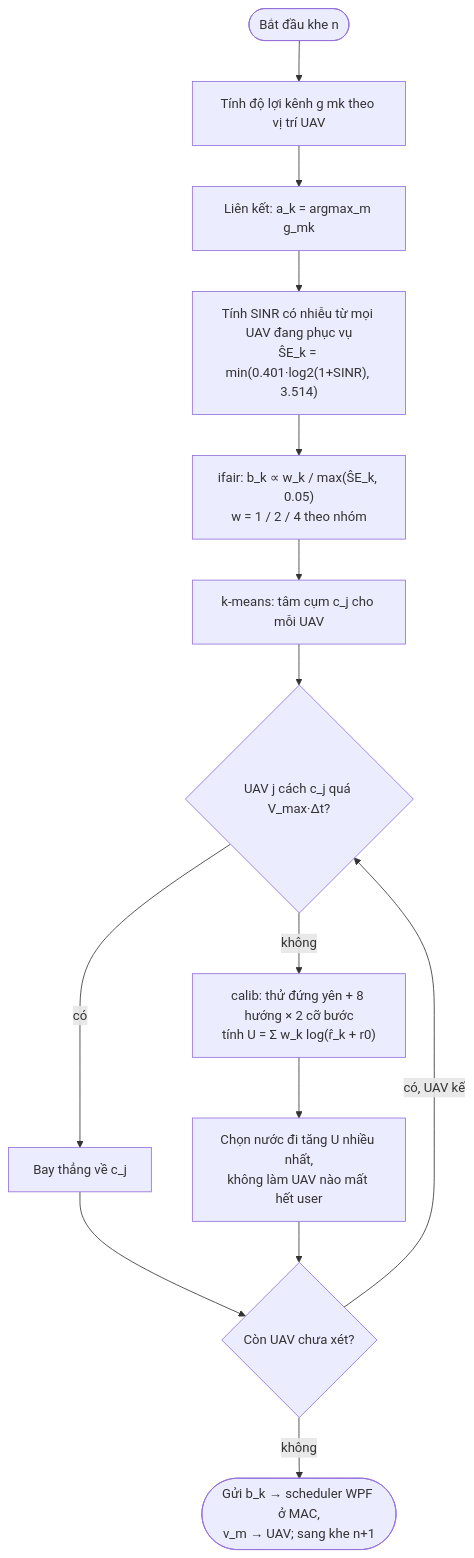
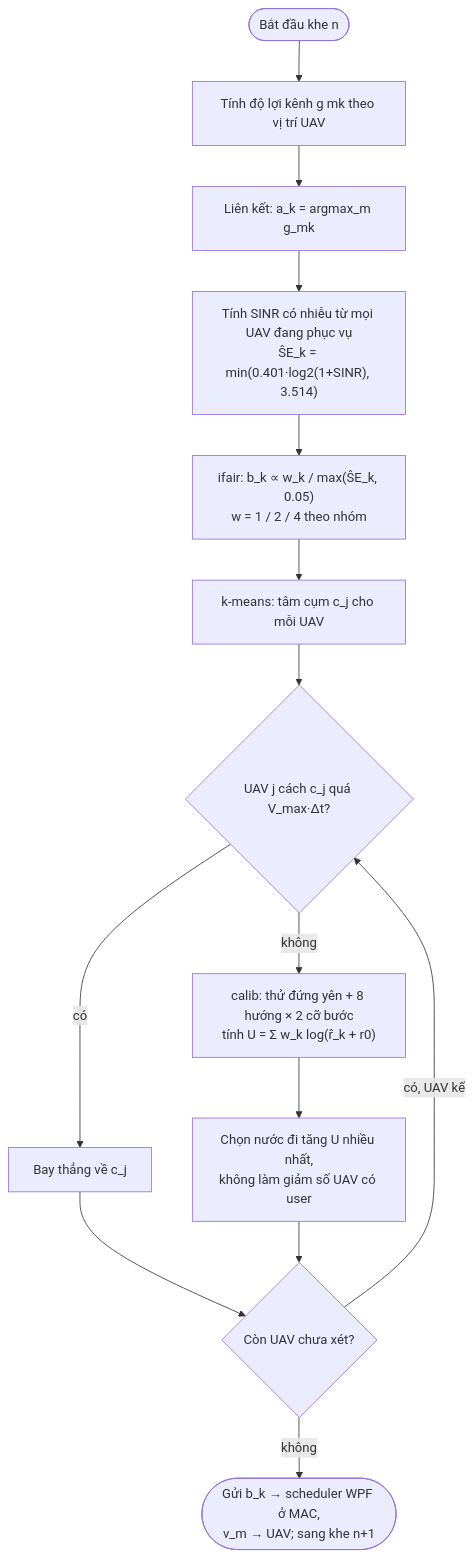
The diagram in docs/THUAT_TOAN_DE_XUAT.md (vietdai-bk/N44_2026_LTM_038_056), drawn with Mermaid before and after one commit. The commit also changed other lines of this file and 10 other files, not shown here.

````diff
--- a/docs/THUAT_TOAN_DE_XUAT.md
+++ b/docs/THUAT_TOAN_DE_XUAT.md
@@ -213,16 +219,16 @@
 ```mermaid
 flowchart TD
     A([Bắt đầu khe n]) --> B[Tính độ lợi kênh g mk theo vị trí UAV]
     B --> C[Liên kết: a_k = argmax_m g_mk]
     C --> D["Tính SINR có nhiễu từ mọi UAV đang phục vụ<br/>ŜE_k = min(0.401·log2(1+SINR), 3.514)"]
     D --> E["ifair: b_k ∝ w_k / max(ŜE_k, 0.05)<br/>w = 1 / 2 / 4 theo nhóm"]
     E --> F[k-means: tâm cụm c_j cho mỗi UAV]
     F --> G{UAV j cách c_j quá V_max·Δt?}
     G -- có --> H[Bay thẳng về c_j]
     G -- không --> I["calib: thử đứng yên + 8 hướng × 2 cỡ bước<br/>tính U = Σ w_k log(r̂_k + r0)"]
-    I --> J[Chọn nước đi tăng U nhiều nhất,<br/>không làm UAV nào mất hết user]
+    I --> J[Chọn nước đi tăng U nhiều nhất,<br/>không làm giảm số UAV có user]
     H --> K{Còn UAV chưa xét?}
     J --> K
     K -- có, UAV kế --> G
     K -- không --> L([Gửi b_k → scheduler WPF ở MAC,<br/>v_m → UAV; sang khe n+1])
 ```
````
